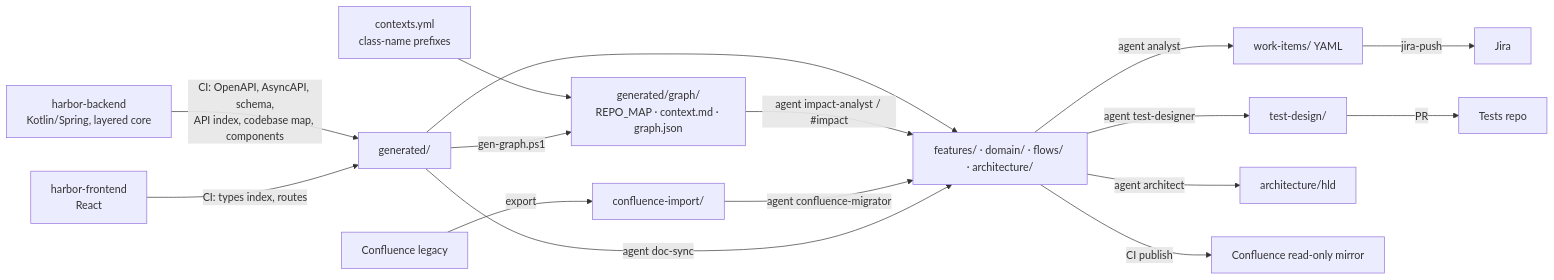
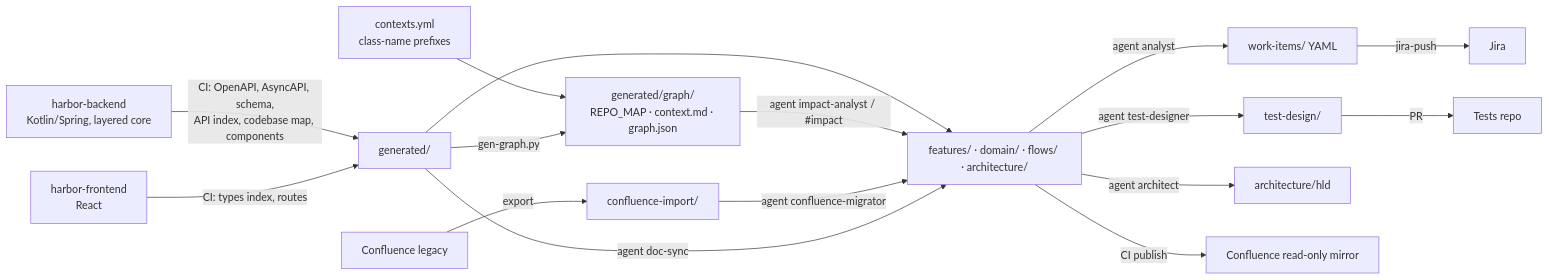
Before and after one commit to NatSjm/investigation: the diagram in docs-repo/README.md, drawn with Mermaid. The commit also changed other lines of this file and 330 other files, not shown here.

````diff
--- a/docs-repo/README.md
+++ b/docs-repo/README.md
@@ -19,16 +19,16 @@
 ```mermaid
 flowchart LR
   BE[harbor-backend<br/>Kotlin/Spring, layered core] -- CI: OpenAPI, AsyncAPI, schema,<br/>API index, codebase map, components --> GEN[generated/]
   FE[harbor-frontend<br/>React] -- CI: types index, routes --> GEN
   CONF[Confluence legacy] -- export --> IMP[confluence-import/]
   GEN --> SPEC[features/ · domain/ · flows/ · architecture/]
   CTX[contexts.yml<br/>class-name prefixes] --> GRAPH
-  GEN -- gen-graph.ps1 --> GRAPH[generated/graph/<br/>REPO_MAP · context.md · graph.json]
+  GEN -- gen-graph.py --> GRAPH[generated/graph/<br/>REPO_MAP · context.md · graph.json]
   GRAPH -- agent impact-analyst / #impact --> SPEC
   IMP -- agent confluence-migrator --> SPEC
   GEN -- agent doc-sync --> SPEC
   SPEC -- agent analyst --> WI[work-items/ YAML] -- jira-push --> JIRA[Jira]
   SPEC -- agent test-designer --> TD[test-design/] -- PR --> TESTS[Tests repo]
   SPEC -- agent architect --> HLD[architecture/hld]
   SPEC -- CI publish --> CONF2[Confluence read-only mirror]
 ```
````
